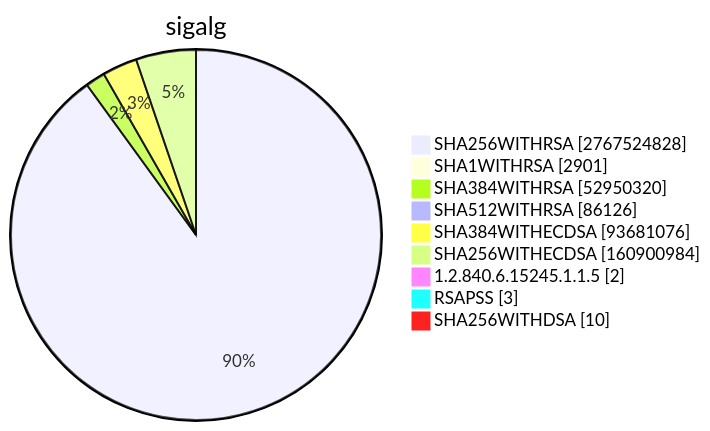
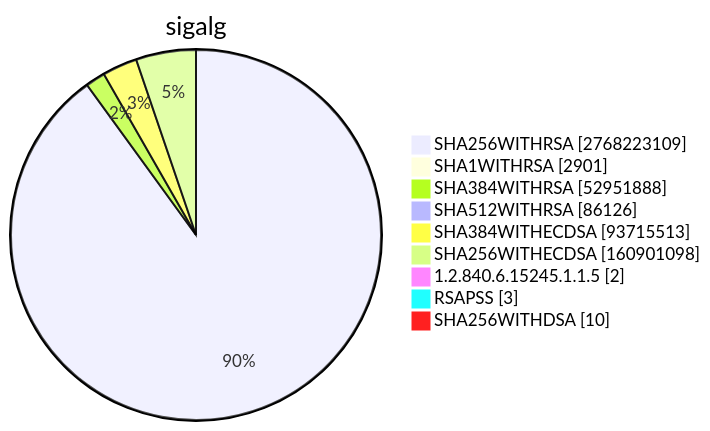
Before and after one commit to christiankrug/ctmonitor_visualization: diagram 15 of 15 in TOTAL/README.md, drawn with Mermaid. The commit also changed other lines of this file, not shown here.

````diff
--- a/TOTAL/README.md
+++ b/TOTAL/README.md
@@ -6207,13 +6207,13 @@
 ```mermaid
 pie showData
 title sigalg
-"SHA256WITHRSA" :2767524828
+"SHA256WITHRSA" :2768223109
 "SHA1WITHRSA" :2901
-"SHA384WITHRSA" :52950320
+"SHA384WITHRSA" :52951888
 "SHA512WITHRSA" :86126
-"SHA384WITHECDSA" :93681076
-"SHA256WITHECDSA" :160900984
+"SHA384WITHECDSA" :93715513
+"SHA256WITHECDSA" :160901098
 "1.2.840.6.15245.1.1.5" :2
 "RSAPSS" :3
 "SHA256WITHDSA" :10
 ```
````
